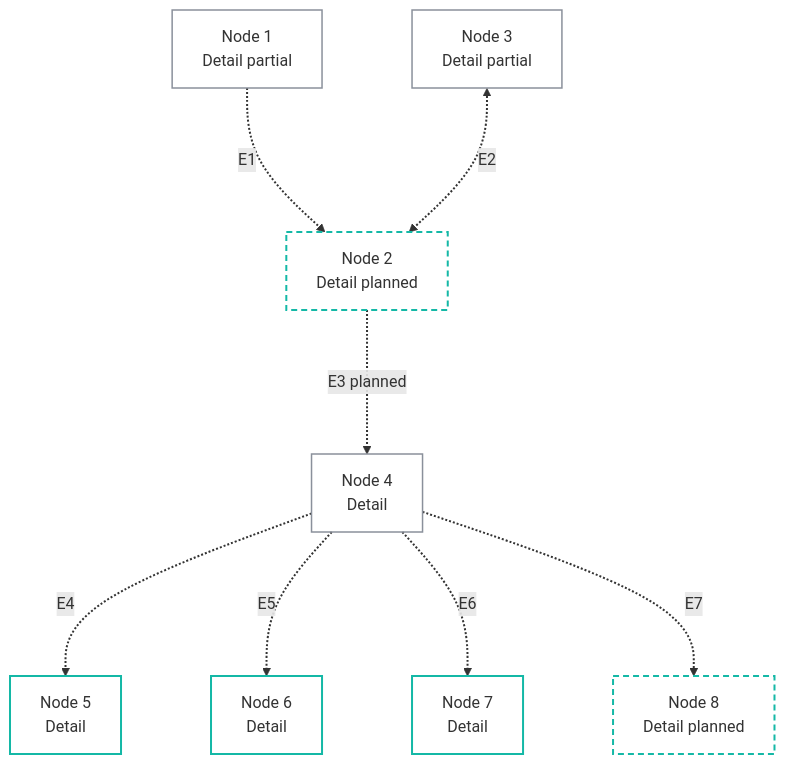
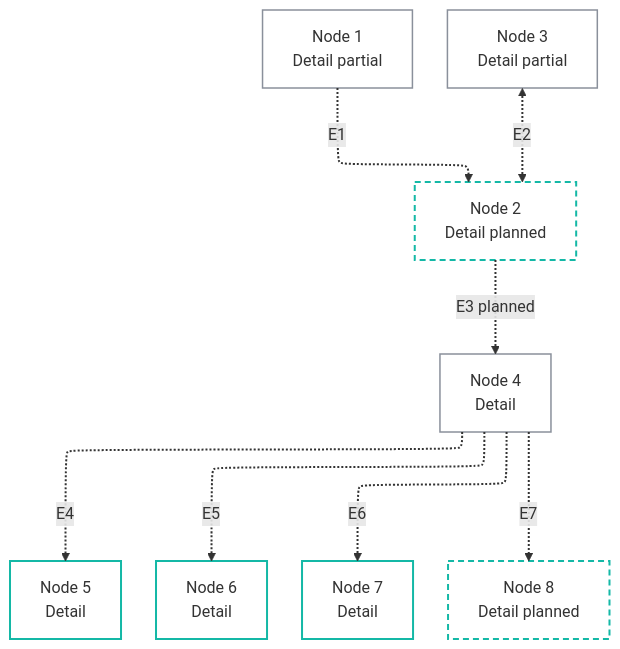
One commit to axatbhardwaj/axstack changed the second of 9 diagrams in tests/workflows/fixtures/mermaid/ga-v10.md. Above: the diagram before and after it, drawn with Mermaid. The commit also changed other lines of this file, not shown here.

Commit message:
test: declare ELK in every GA flowchart view

````diff
--- a/tests/workflows/fixtures/mermaid/ga-v10.md
+++ b/tests/workflows/fixtures/mermaid/ga-v10.md
@@ -101,31 +101,32 @@
 ```mermaid
 ---
 config:
+  layout: elk
   flowchart:
     nodeSpacing: 90
     rankSpacing: 120
 ---
 flowchart TB
   accTitle: Diagram 2
   accDescr: Connections in diagram 2.
   N1["Node 1<br/>Detail partial"]:::tone4
   N2["Node 2<br/>Detail planned"]:::tone3
   N3["Node 3<br/>Detail partial"]:::tone4
   N4["Node 4<br/>Detail"]:::tone1
   N5["Node 5<br/>Detail"]:::tone2
   N6["Node 6<br/>Detail"]:::tone2
   N7["Node 7<br/>Detail"]:::tone2
   N8["Node 8<br/>Detail planned"]:::tone3
   N1 -.->|"E1"| N2
   N3 <-.->|"E2"| N2
   N2 -.->|"E3 planned"| N4
   N4 -.->|"E4"| N5
   N4 -.->|"E5"| N6
   N4 -.->|"E6"| N7
   N4 -.->|"E7"| N8
   linkStyle default stroke-width:2px
   classDef tone1 fill:transparent,stroke:#8a909b,stroke-width:1.5px
   classDef tone2 fill:transparent,stroke:#14b8a6,stroke-width:2px
   classDef tone3 fill:transparent,stroke:#14b8a6,stroke-width:2px,stroke-dasharray:6 4
   classDef tone4 fill:transparent,stroke:#8a909b,stroke-width:1.5px
 ```
````
